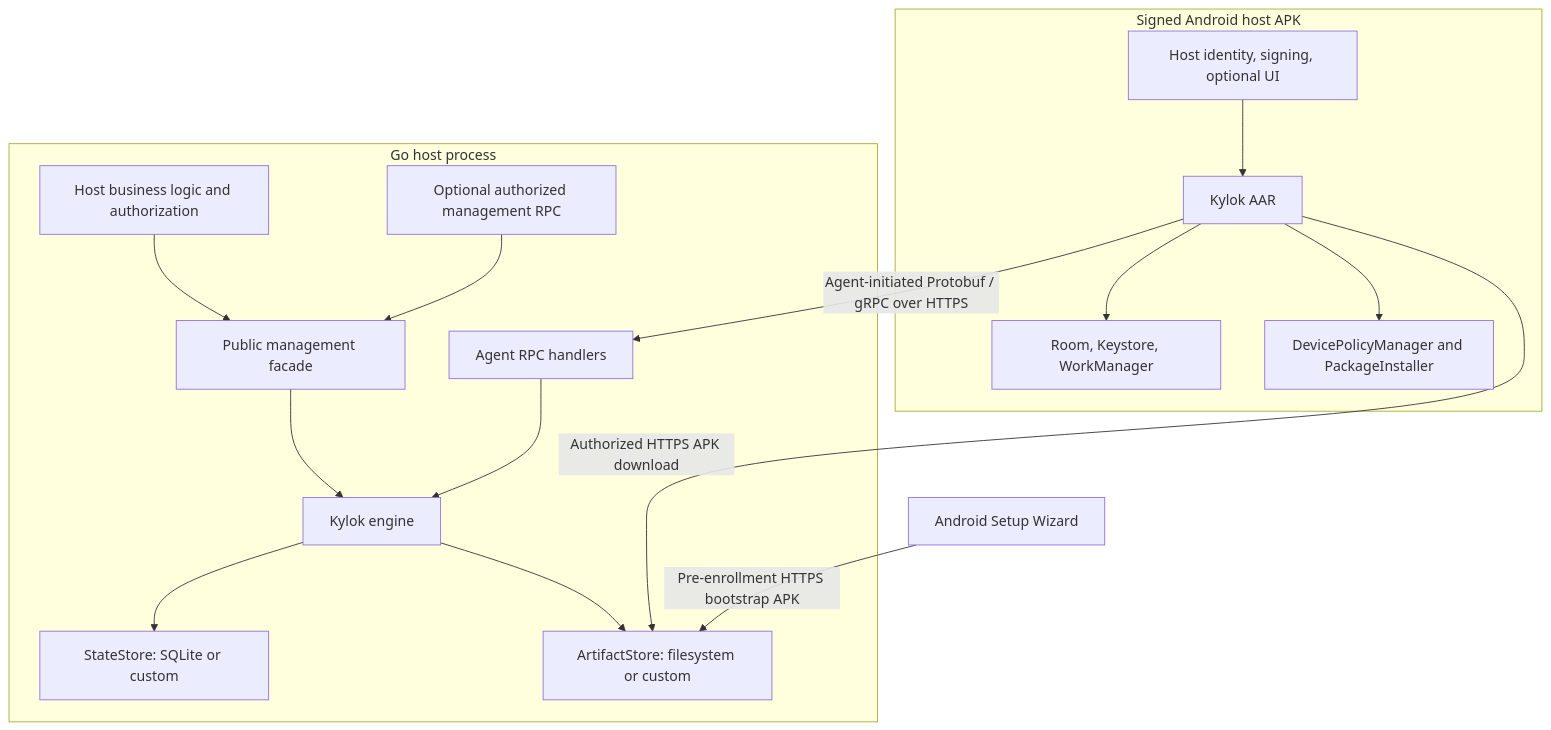
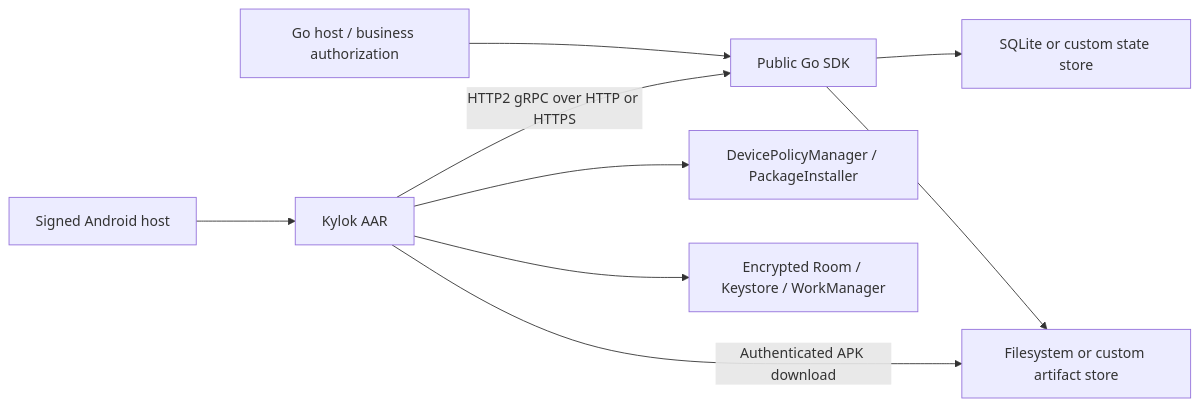
The diagram in docs/architecture.md (thienvu18/kylok), drawn with Mermaid before and after one commit. The commit also changed other lines of this file and 176 other files, not shown here.

````diff
--- a/docs/architecture.md
+++ b/docs/architecture.md
@@ -29,19 +5,11 @@
 ```mermaid
-flowchart TB
-    subgraph Server["Go host process"]
-        Host["Host business logic and authorization"] --> Facade["Public management facade"]
-        Facade --> Engine["Kylok engine"]
-        RPC["Agent RPC handlers"] --> Engine
-        Management["Optional authorized management RPC"] --> Facade
-        Engine --> State["StateStore: SQLite or custom"]
-        Engine --> Artifacts["ArtifactStore: filesystem or custom"]
-    end
-    subgraph Device["Signed Android host APK"]
-        AndroidHost["Host identity, signing, optional UI"] --> AAR["Kylok AAR"]
-        AAR --> Local["Room, Keystore, WorkManager"]
-        AAR --> Platform["DevicePolicyManager and PackageInstaller"]
-    end
-    AAR -->|"Agent-initiated Protobuf / gRPC over HTTPS"| RPC
-    AAR -->|"Authorized HTTPS APK download"| Artifacts
-    Setup["Android Setup Wizard"] -->|"Pre-enrollment HTTPS bootstrap APK"| Artifacts
+flowchart LR
+    Host[Go host / business authorization] --> SDK[Public Go SDK]
+    SDK --> State[SQLite or custom state store]
+    SDK --> Files[Filesystem or custom artifact store]
+    App[Signed Android host] --> Agent[Kylok AAR]
+    Agent --> OS[DevicePolicyManager / PackageInstaller]
+    Agent --> Local[Encrypted Room / Keystore / WorkManager]
+    Agent -->|HTTP2 gRPC over HTTP or HTTPS| SDK
+    Agent -->|Authenticated APK download| Files
 ```
````
